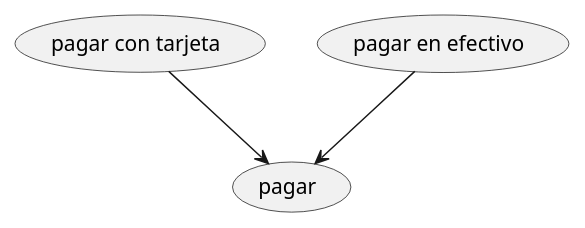
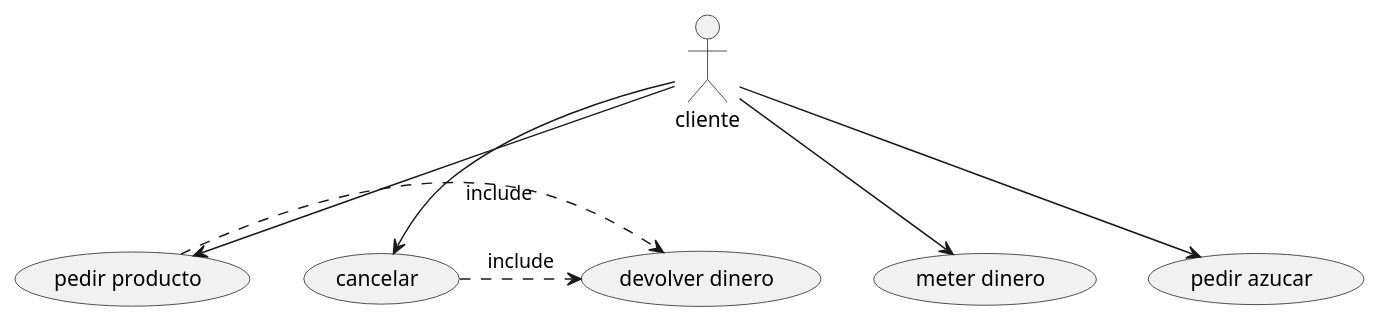
The diagram in src/archivoplant.puml (jorgealll/plantt1), drawn with PlantUML before and after one commit.

Commit message:
commit extension

```diff
--- a/src/archivoplant.puml
+++ b/src/archivoplant.puml
@@ -1,6 +1,12 @@
 @startuml
 'https://plantuml.com/sequence-diagram
 
-(pagar con tarjeta) -->(pagar)
-(pagar en efectivo) -->(pagar)
+actor cliente
+
+cliente --> (meter dinero)
+cliente --> (pedir azucar)
+cliente --> (pedir producto)
+cliente --> (cancelar)
+(pedir producto) .> (devolver dinero) : include
+(cancelar) .> (devolver dinero) : include
 @enduml
```
